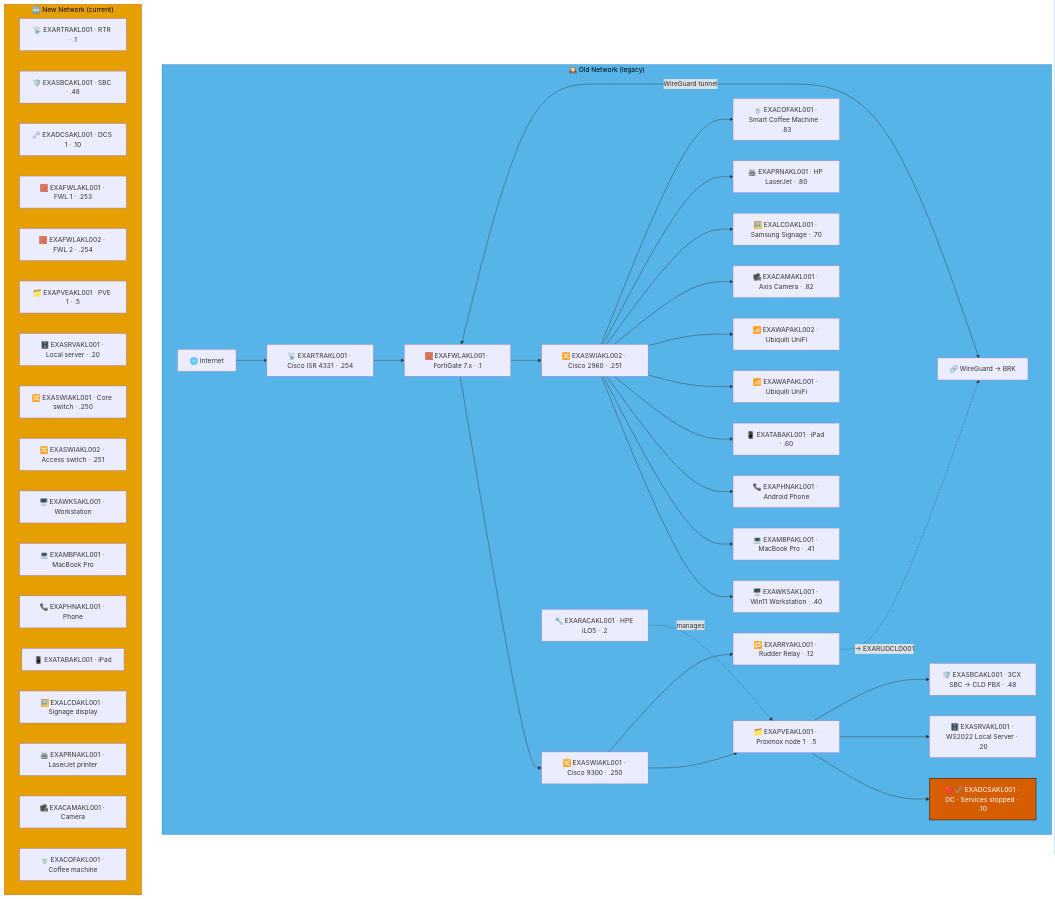
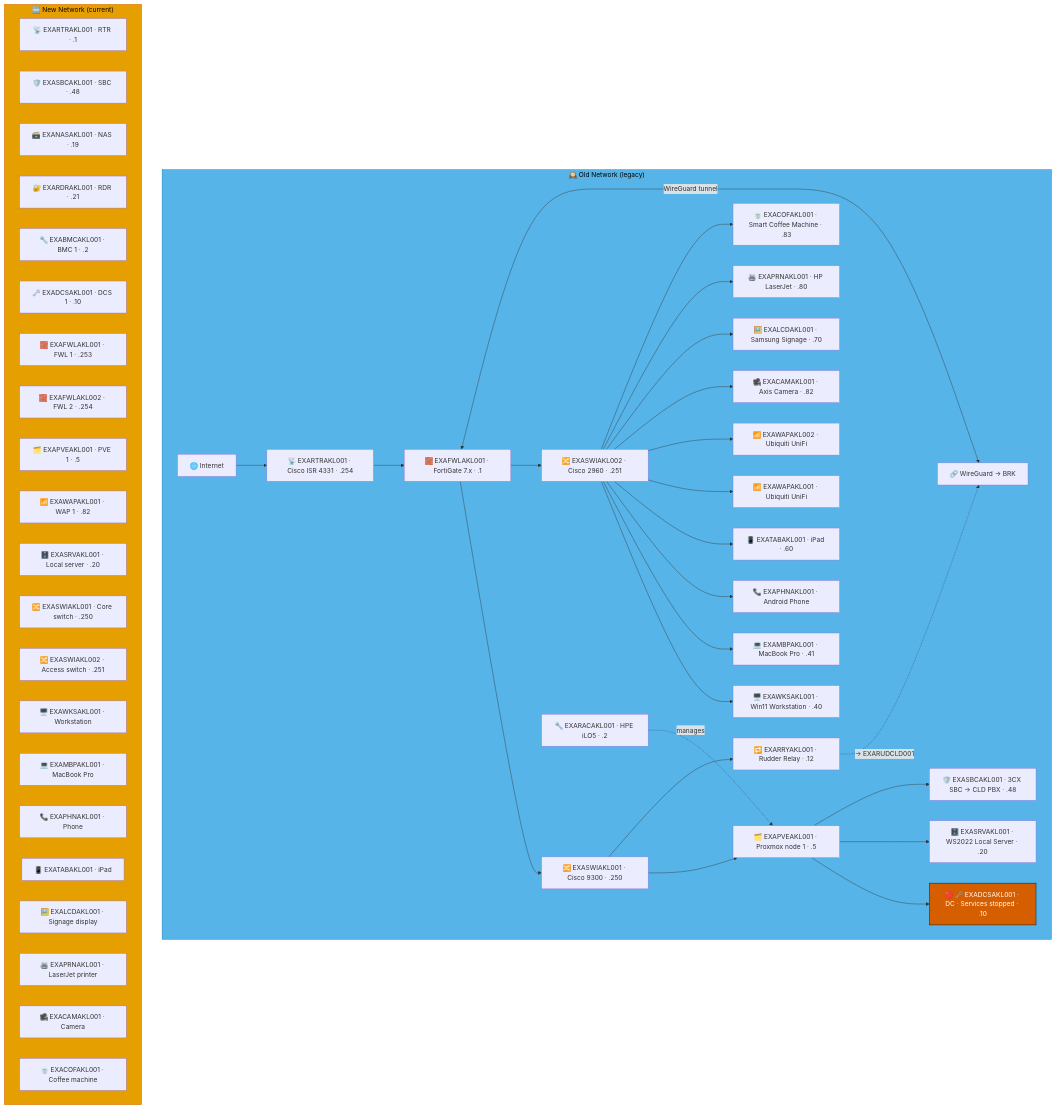
Before and after one commit to knightmare2600/example_music_infra: the diagram in docs/network-diagram/new-zealand.md, drawn with Mermaid. The commit also changed 15 other files, not shown here.

````diff
--- a/docs/network-diagram/new-zealand.md
+++ b/docs/network-diagram/new-zealand.md
@@ -17,62 +17,66 @@
 ```mermaid
 graph TD
     subgraph OLD_AKL ["🕰️ Old Network (legacy)"]
       INET["🌐 Internet"]
       FWL["🧱 EXAFWLAKL001 · FortiGate 7.x · .1"]
       SW1["🔀 EXASWIAKL001 · Cisco 9300 · .250"]
       SW2["🔀 EXASWIAKL002 · Cisco 2960 · .251"]
       RTR["📡 EXARTRAKL001 · Cisco ISR 4331 · .254"]
       RAC["🔧 EXARACAKL001 · HPE iLO5 · .2"]
       PVE["🗂️ EXAPVEAKL001 · Proxmox node 1 · .5"]
       DC["🔴 🗝️ EXADCSAKL001 · DC · Services stopped · .10"]
       SRV["🗄️ EXASRVAKL001 · WS2022 Local Server · .20"]
       SBC["🛡️ EXASBCAKL001 · 3CX SBC → CLD PBX · .48"]
       RRY["🔁 EXARRYAKL001 · Rudder Relay · .12"]
       WKS["🖥️ EXAWKSAKL001 · Win11 Workstation · .40"]
       MBP["💻 EXAMBPAKL001 · MacBook Pro · .41"]
       PHN["📞 EXAPHNAKL001 · Android Phone"]
       TAB["📱 EXATABAKL001 · iPad · .60"]
       WAP1["📶 EXAWAPAKL001 · Ubiquiti UniFi"]
       WAP2["📶 EXAWAPAKL002 · Ubiquiti UniFi"]
       CAM["🎥 EXACAMAKL001 · Axis Camera · .82"]
       LCD["🖼️ EXALCDAKL001 · Samsung Signage · .70"]
       PRN["🖨️ EXAPRNAKL001 · HP LaserJet · .80"]
       COF["🍵 EXACOFAKL001 · Smart Coffee Machine · .83"]
       VPN["🔗 WireGuard → BRK"]
 
       INET --> RTR --> FWL --> SW1 & SW2
       SW1 --> PVE --> DC & SRV & SBC
       RAC -.->|"manages"| PVE
       SW2 --> WKS & MBP & PHN & TAB & WAP1 & WAP2
       SW2 --> CAM & LCD & PRN & COF
       FWL <-->|"WireGuard tunnel"| VPN
 
       SW1 --> RRY
       RRY -. "→ EXARUDCLD001" .-> VPN
     end
     style OLD_AKL fill:#56B4E9,stroke:#0072B2,color:#000000
     %% GENERATED:NEW-NETWORK:AKL:START
     subgraph NEW_AKL ["🆕 New Network (current)"]
       N_RTR["📡 EXARTRAKL001 · RTR · .1"]
       N_SBC["🛡️ EXASBCAKL001 · SBC · .48"]
+      N_NAS["🗃️ EXANASAKL001 · NAS · .19"]
+      N_RDR["🔐 EXARDRAKL001 · RDR · .21"]
+      N_BMC["🔧 EXABMCAKL001 · BMC 1 · .2"]
       N_DCS["🗝️ EXADCSAKL001 · DCS 1 · .10"]
       N_FWL["🧱 EXAFWLAKL001 · FWL 1 · .253"]
       N_FWL2["🧱 EXAFWLAKL002 · FWL 2 · .254"]
       N_PVE["🗂️ EXAPVEAKL001 · PVE 1 · .5"]
+      N_WAP["📶 EXAWAPAKL001 · WAP 1 · .82"]
       N_SRV["🗄️ EXASRVAKL001 · Local server · .20"]
       N_SWI["🔀 EXASWIAKL001 · Core switch · .250"]
       N_SWI2["🔀 EXASWIAKL002 · Access switch · .251"]
       N_WKS["🖥️ EXAWKSAKL001 · Workstation"]
       N_MBP["💻 EXAMBPAKL001 · MacBook Pro"]
       N_PHN["📞 EXAPHNAKL001 · Phone"]
       N_TAB["📱 EXATABAKL001 · iPad"]
       N_LCD["🖼️ EXALCDAKL001 · Signage display"]
       N_PRN["🖨️ EXAPRNAKL001 · LaserJet printer"]
       N_CAM["🎥 EXACAMAKL001 · Camera"]
       N_COF["🍵 EXACOFAKL001 · Coffee machine"]
     end
     style NEW_AKL fill:#E69F00,stroke:#D55E00,color:#000000
     %% GENERATED:NEW-NETWORK:AKL:END
     classDef warn fill:#D55E00,stroke:#000000,color:#ffffff
     class DC warn
 ```
````
